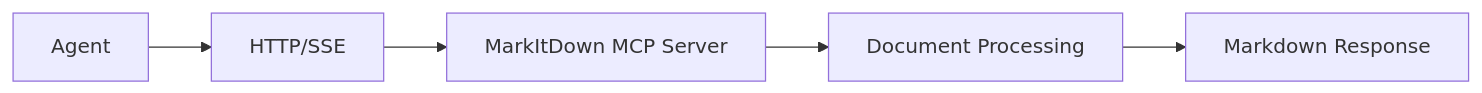
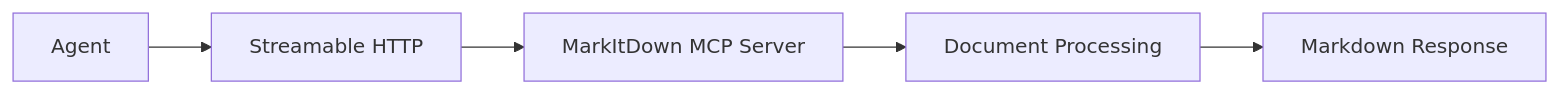
Before and after one commit to Azure-Samples/interview-coach-agent-framework: the second of 4 diagrams in docs/ARCHITECTURE.md, drawn with Mermaid. The commit also changed other lines of this file and 30 other files, not shown here.

````diff
--- a/docs/ARCHITECTURE.md
+++ b/docs/ARCHITECTURE.md
@@ -55,7 +55,7 @@
 ```mermaid
 flowchart LR
-    A[Agent] --> B[HTTP/SSE]
+    A[Agent] --> B[Streamable HTTP]
     B --> C[MarkItDown MCP Server]
     C --> D[Document Processing]
     D --> E[Markdown Response]
 ```
````
